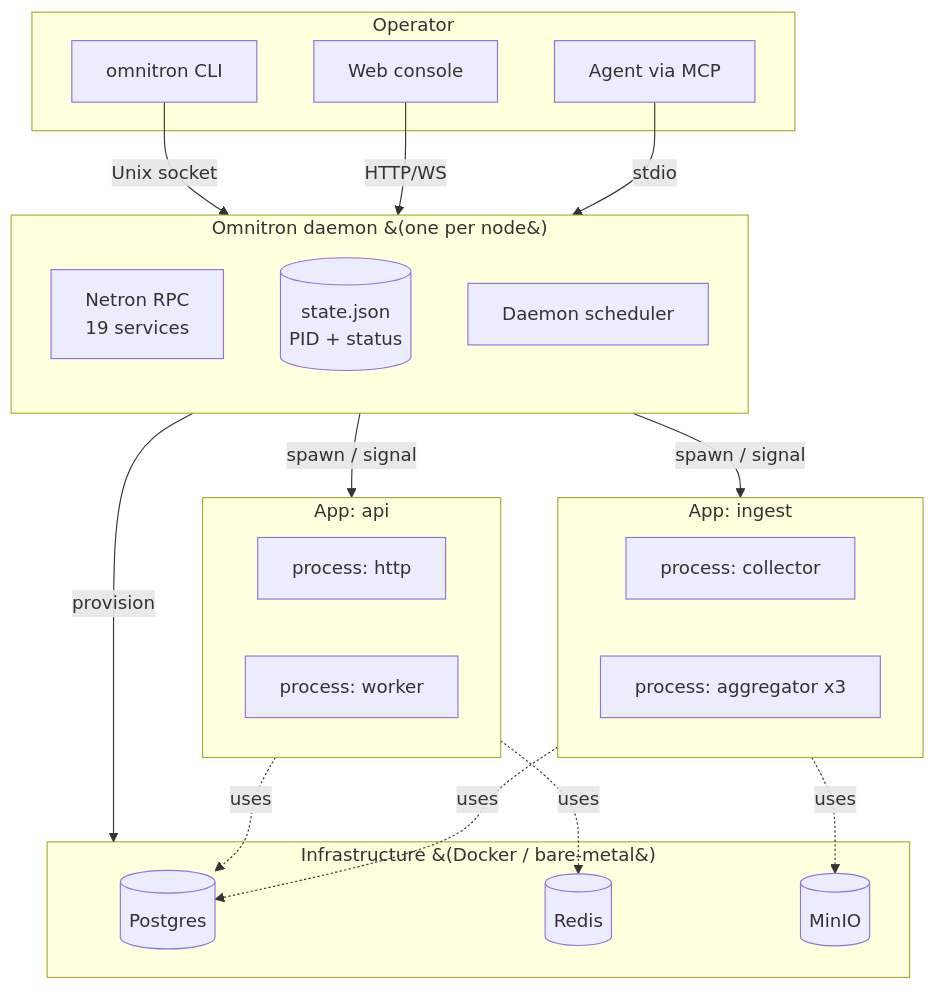
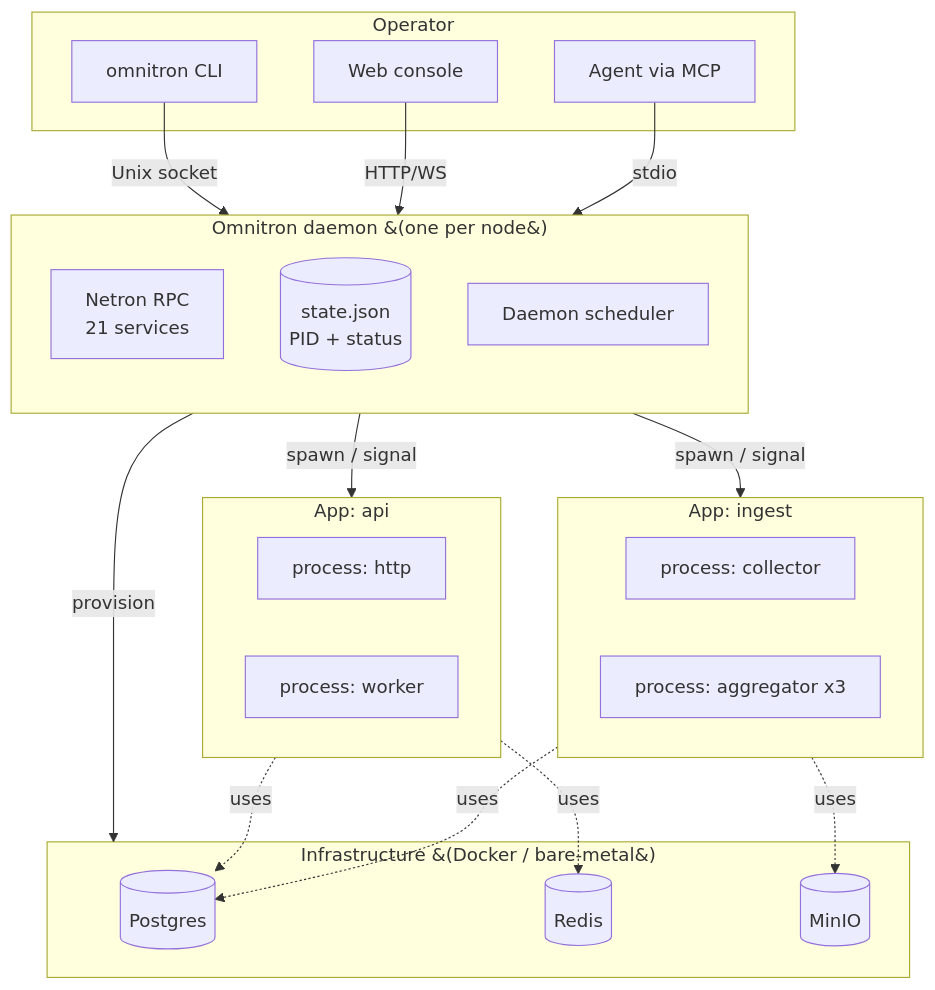
The first of 2 diagrams in docs/omnitron/overview.md (omnitron-dev/website), drawn with Mermaid before and after one commit. The commit also changed other lines of this file and 61 other files, not shown here.

````diff
--- a/docs/omnitron/overview.md
+++ b/docs/omnitron/overview.md
@@ -67,43 +67,43 @@
 ```mermaid
 flowchart TB
   subgraph User["Operator"]
     CLI[omnitron CLI]
     Console[Web console]
     MCP[Agent via MCP]
   end
 
   CLI -- Unix socket --> Daemon
   Console -- HTTP/WS --> Daemon
   MCP   -- stdio    --> Daemon
 
   subgraph Daemon["Omnitron daemon &#40;one per node&#41;"]
     direction TB
-    RPC[Netron RPC<br/>19 services]
+    RPC[Netron RPC<br/>21 services]
     State[(state.json<br/>PID + status)]
     Sched[Daemon scheduler]
   end
 
   Daemon -- spawn / signal --> AppA
   Daemon -- spawn / signal --> AppB
 
   subgraph AppA["App: api"]
     P1[process: http]
     P2[process: worker]
   end
   subgraph AppB["App: ingest"]
     P3[process: collector]
     P4[process: aggregator x3]
   end
 
   Daemon -- provision --> Infra
   subgraph Infra["Infrastructure &#40;Docker / bare-metal&#41;"]
     PG[(Postgres)]
     Redis[(Redis)]
     S3[(MinIO)]
   end
 
   AppA -. uses .-> PG
   AppA -. uses .-> Redis
   AppB -. uses .-> PG
   AppB -. uses .-> S3
 ```
````
